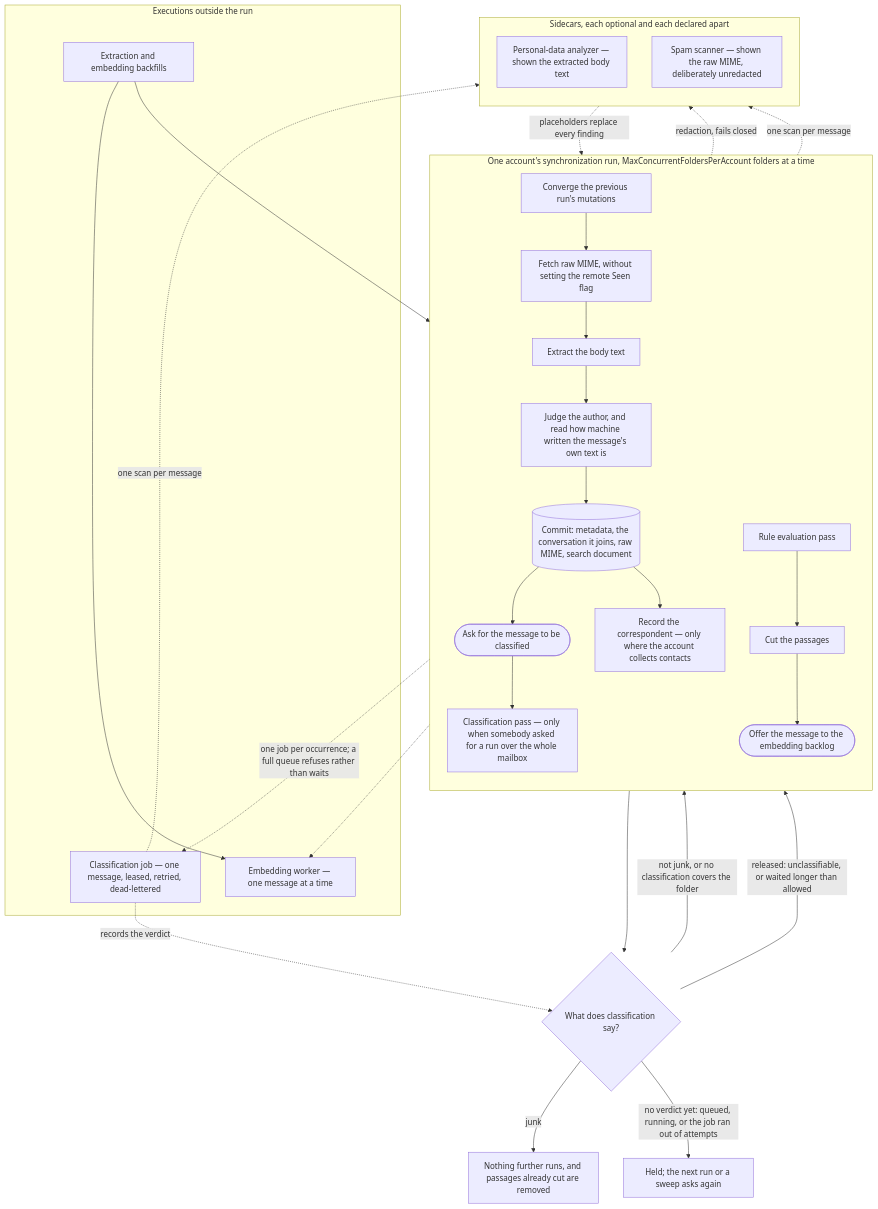
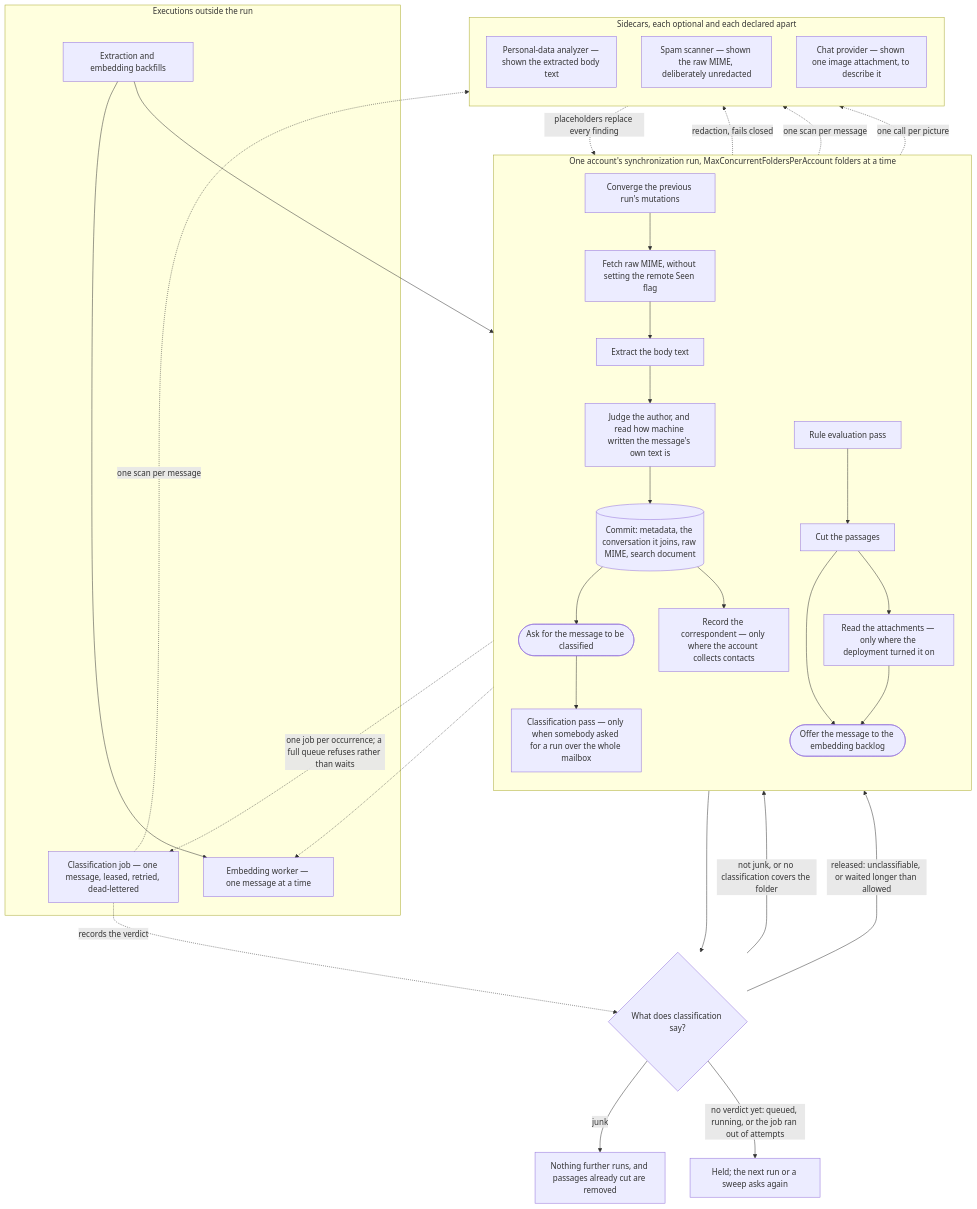
The diagram in docs/architecture/arrival-pipeline.md (Krzysztof318/MailFathom), drawn with Mermaid before and after one commit. The commit also changed other lines of this file and 67 other files, not shown here.

````diff
--- a/docs/architecture/arrival-pipeline.md
+++ b/docs/architecture/arrival-pipeline.md
@@ -16,51 +16,56 @@
 ```mermaid
 flowchart TD
     subgraph run["One account's synchronization run, MaxConcurrentFoldersPerAccount folders at a time"]
         direction TB
         converge["Converge the previous run's mutations"]
         fetch["Fetch raw MIME, without setting the remote Seen flag"]
         extract["Extract the body text"]
         judge["Judge the author, and read how machine written the message's own text is"]
         commit[("Commit: metadata, the conversation it joins, raw MIME, search document")]
         ask(["Ask for the message to be classified"])
         collect["Record the correspondent — only where the account collects contacts"]
         classify["Classification pass — only when somebody asked for a run over the whole mailbox"]
         rules["Rule evaluation pass"]
         cut["Cut the passages"]
+        read["Read the attachments — only where the deployment turned it on"]
         offer(["Offer the message to the embedding backlog"])
     end
 
     subgraph sidecars["Sidecars, each optional and each declared apart"]
         direction TB
         presidio["Personal-data analyzer — shown the extracted body text"]
         spamd["Spam scanner — shown the raw MIME, deliberately unredacted"]
+        vision["Chat provider — shown one image attachment, to describe it"]
     end
 
     subgraph elsewhere["Executions outside the run"]
         job["Classification job — one message, leased, retried, dead-lettered"]
         worker["Embedding worker — one message at a time"]
         sweeps["Extraction and embedding backfills"]
     end
 
     converge --> fetch --> extract --> judge
     judge -. "redaction, fails closed" .-> presidio
     presidio -. "placeholders replace every finding" .-> judge
     judge --> commit
     commit --> ask
     commit --> collect
     ask -. "one job per occurrence; a full queue refuses rather than waits" .-> job
     ask --> classify
     job -. "one scan per message" .-> spamd
     classify -. "one scan per message" .-> spamd
     job -. "records the verdict" .-> gate
     classify --> gate{"What does classification say?"}
     gate -- "junk" --> withheld["Nothing further runs, and passages already cut are removed"]
     gate -- "not junk, or no classification covers the folder" --> rules
     gate -- "no verdict yet: queued, running, or the job ran out of attempts" --> held["Held; the next run or a sweep asks again"]
     gate -- "released: unclassifiable, or waited longer than allowed" --> rules
     rules --> cut
     cut --> offer
+    cut --> read
+    read --> offer
+    read -. "one call per picture" .-> vision
     offer -.-> worker
     sweeps --> cut
     sweeps --> worker
 ```
````
